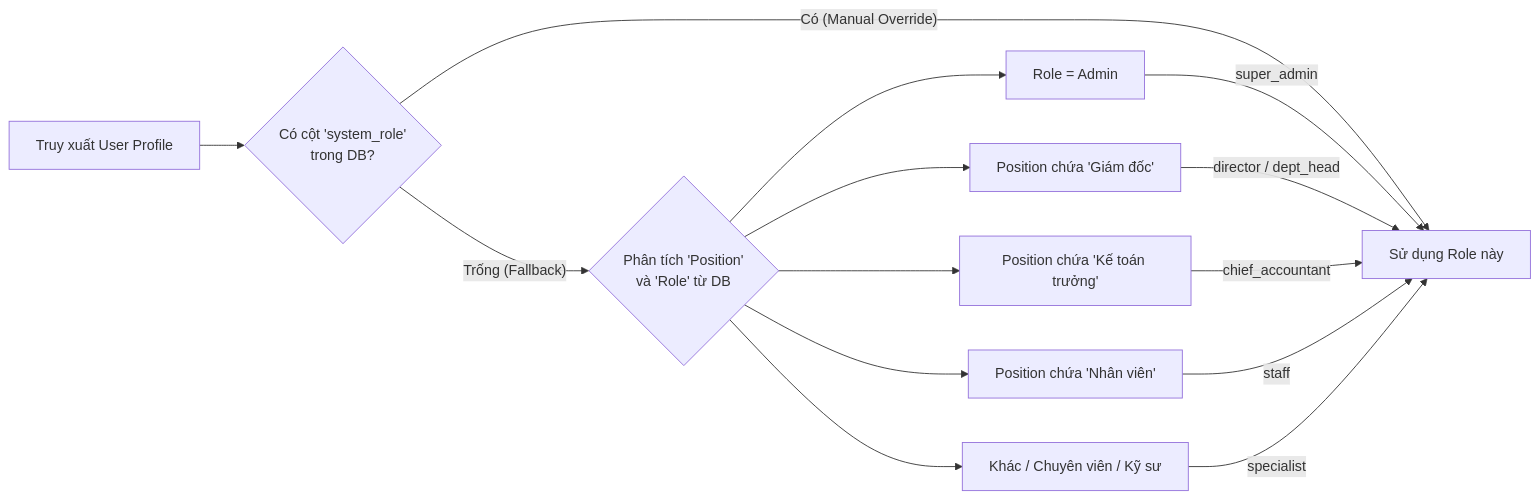
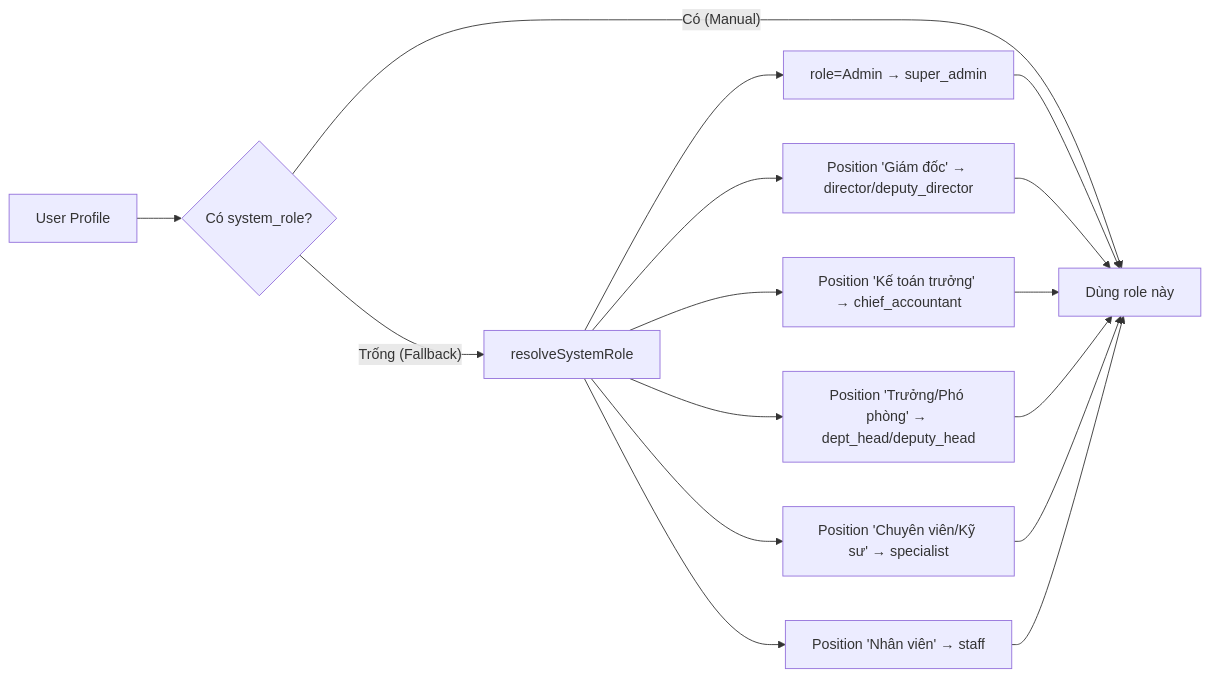
One commit to anhnq-lab/qlda-ddcn-ht changed the second of 2 diagrams in docs/authorization_specification.md. Above: the diagram before and after it, drawn with Mermaid. The commit also changed other lines of this file and 24 other files, not shown here.

````diff
--- a/docs/authorization_specification.md
+++ b/docs/authorization_specification.md
@@ -86,11 +97,13 @@
 ```mermaid
 flowchart LR
-    A[Truy xuất User Profile] --> B{Có cột 'system_role'<br/>trong DB?}
-    B -- "Có (Manual Override)" --> C[Sử dụng Role này]
-    B -- "Trống (Fallback)" --> D{Phân tích 'Position'<br/>và 'Role' từ DB}
-    D --> E[Role = Admin] --> |super_admin| C
-    D --> F[Position chứa 'Giám đốc'] --> |director / dept_head| C
-    D --> G[Position chứa 'Kế toán trưởng'] --> |chief_accountant| C
-    D --> I[Position chứa 'Nhân viên'] --> |staff| C
-    D --> H[Khác / Chuyên viên / Kỹ sư] --> |specialist| C
+    A[User Profile] --> B{Có system_role?}
+    B -- "Có (Manual)" --> C[Dùng role này]
+    B -- "Trống (Fallback)" --> D[resolveSystemRole]
+    D --> E["role=Admin → super_admin"]
+    D --> F["Position 'Giám đốc' → director/deputy_director"]
+    D --> G["Position 'Kế toán trưởng' → chief_accountant"]
+    D --> H["Position 'Trưởng/Phó phòng' → dept_head/deputy_head"]
+    D --> I["Position 'Chuyên viên/Kỹ sư' → specialist"]
+    D --> J["Position 'Nhân viên' → staff"]
+    E & F & G & H & I & J --> C
 ```
````
